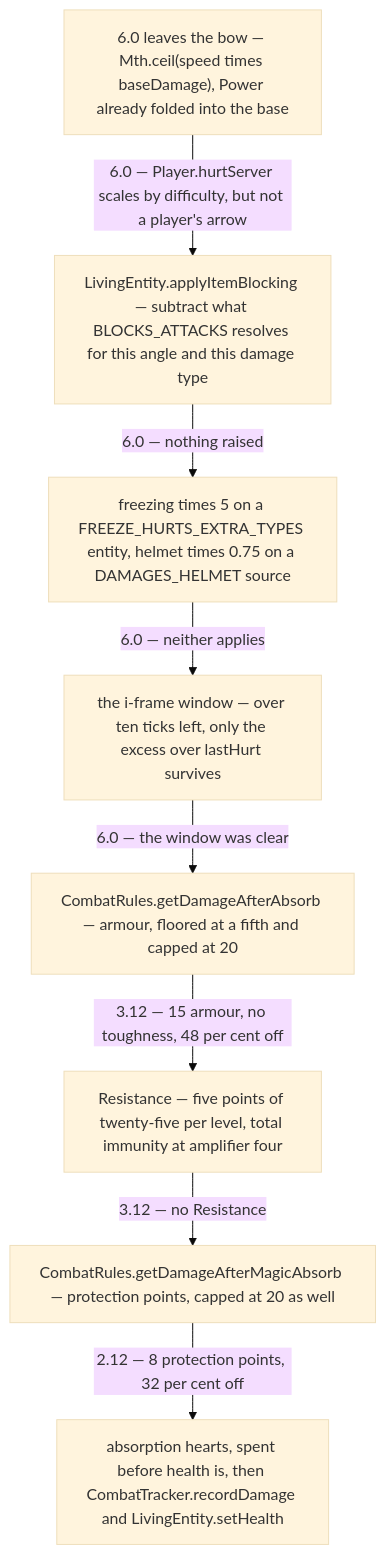
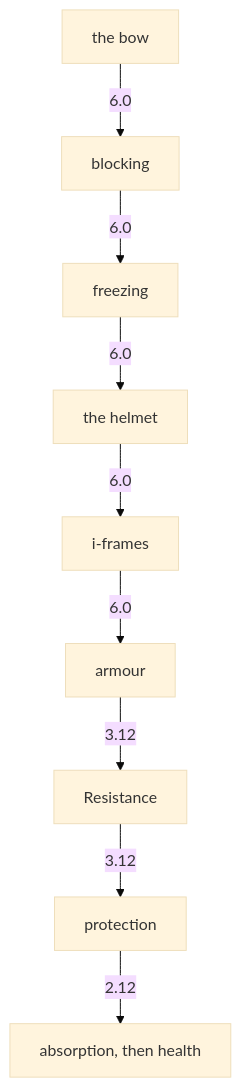
The first of 3 diagrams in src/systems/entities/damage-and-death.md (AlexanderjFraser/MinecraftDocs), drawn with Mermaid (base theme) before and after one commit. The commit also changed other lines of this file and 23 other files, not shown here.

````diff
--- a/src/systems/entities/damage-and-death.md
+++ b/src/systems/entities/damage-and-death.md
@@ -110,19 +110,21 @@
 ```mermaid
-flowchart TB
-    N0["6.0 leaves the bow — Mth.ceil(speed times baseDamage), Power already folded into the base"]
-    N1["LivingEntity.applyItemBlocking — subtract what BLOCKS_ATTACKS resolves for this angle and this damage type"]
-    N2["freezing times 5 on a FREEZE_HURTS_EXTRA_TYPES entity, helmet times 0.75 on a DAMAGES_HELMET source"]
-    N3["the i-frame window — over ten ticks left, only the excess over lastHurt survives"]
-    N4["CombatRules.getDamageAfterAbsorb — armour, floored at a fifth and capped at 20"]
-    N5["Resistance — five points of twenty-five per level, total immunity at amplifier four"]
-    N6["CombatRules.getDamageAfterMagicAbsorb — protection points, capped at 20 as well"]
-    N7["absorption hearts, spent before health is, then CombatTracker.recordDamage and LivingEntity.setHealth"]
+flowchart TD
+    N0["the bow"]
+    N1["blocking"]
+    N2["freezing"]
+    N3["the helmet"]
+    N4["i-frames"]
+    N5["armour"]
+    N6["Resistance"]
+    N7["protection"]
+    N8["absorption, then health"]
 
-    N0 -- "6.0 — Player.hurtServer scales by difficulty, but not a player's arrow" --> N1
-    N1 -- "6.0 — nothing raised" --> N2
-    N2 -- "6.0 — neither applies" --> N3
-    N3 -- "6.0 — the window was clear" --> N4
-    N4 -- "3.12 — 15 armour, no toughness, 48 per cent off" --> N5
-    N5 -- "3.12 — no Resistance" --> N6
-    N6 -- "2.12 — 8 protection points, 32 per cent off" --> N7
+    N0 -- "6.0" --> N1
+    N1 -- "6.0" --> N2
+    N2 -- "6.0" --> N3
+    N3 -- "6.0" --> N4
+    N4 -- "6.0" --> N5
+    N5 -- "3.12" --> N6
+    N6 -- "3.12" --> N7
+    N7 -- "2.12" --> N8
 ```
````
